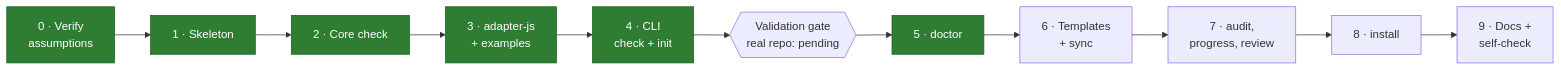
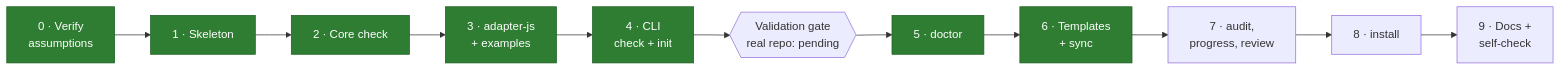
One commit to fredarcito/reins changed diagram 12 of 12 in README.md. Above: the diagram before and after it, drawn with Mermaid. The commit also changed other lines of this file and 38 other files, not shown here.

````diff
--- a/README.md
+++ b/README.md
@@ -396,8 +452,8 @@
 ```mermaid
 flowchart LR
     p0["0 · Verify<br/>assumptions"]:::done --> p1["1 · Skeleton"]:::done
     p1 --> p2["2 · Core check"]:::done --> p3["3 · adapter-js<br/>+ examples"]:::done --> p4["4 · CLI<br/>check + init"]:::done
     p4 --> gate{{"Validation gate<br/>real repo: pending"}}
-    gate --> p5["5 · doctor"]:::done --> p6["6 · Templates<br/>+ sync"] --> p7["7 · audit,<br/>progress, review"] --> p8["8 · install"] --> p9["9 · Docs +<br/>self-check"]
+    gate --> p5["5 · doctor"]:::done --> p6["6 · Templates<br/>+ sync"]:::done --> p7["7 · audit,<br/>progress, review"] --> p8["8 · install"] --> p9["9 · Docs +<br/>self-check"]
     classDef done fill:#2e7d32,color:#fff,stroke:#1b5e20
 ```
````
